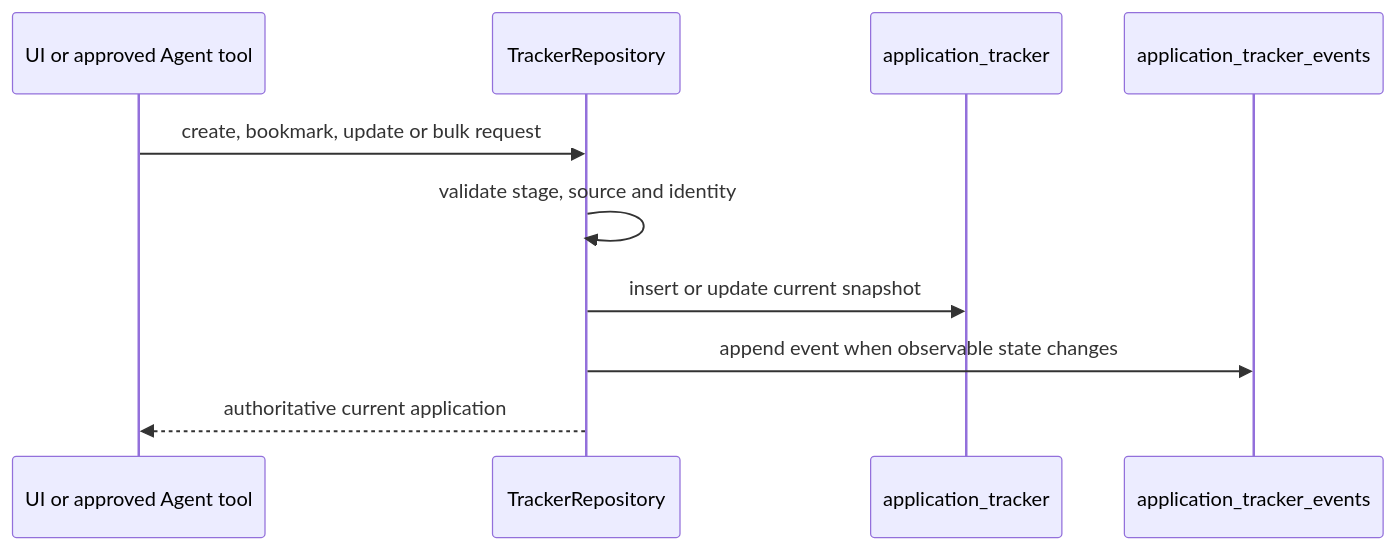
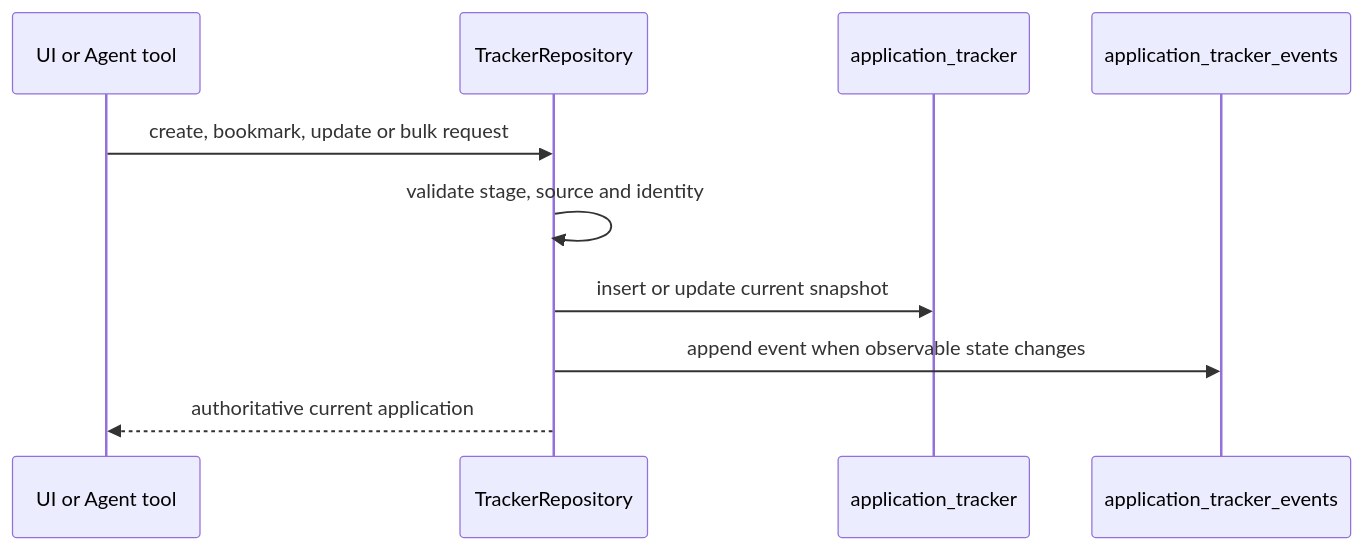
One commit to KaiusJin/WeCanFindIntern changed the second of 3 diagrams in docs/modules/tracker.md. Above: the diagram before and after it, drawn with Mermaid. The commit also changed other lines of this file and 17 other files, not shown here.

````diff
--- a/docs/modules/tracker.md
+++ b/docs/modules/tracker.md
@@ -60,12 +60,12 @@
 ```mermaid
 sequenceDiagram
-    participant U as UI or approved Agent tool
+    participant U as UI or Agent tool
     participant R as TrackerRepository
     participant A as application_tracker
     participant E as application_tracker_events
     U->>R: create, bookmark, update or bulk request
     R->>R: validate stage, source and identity
     R->>A: insert or update current snapshot
     R->>E: append event when observable state changes
     R-->>U: authoritative current application
 ```
````
